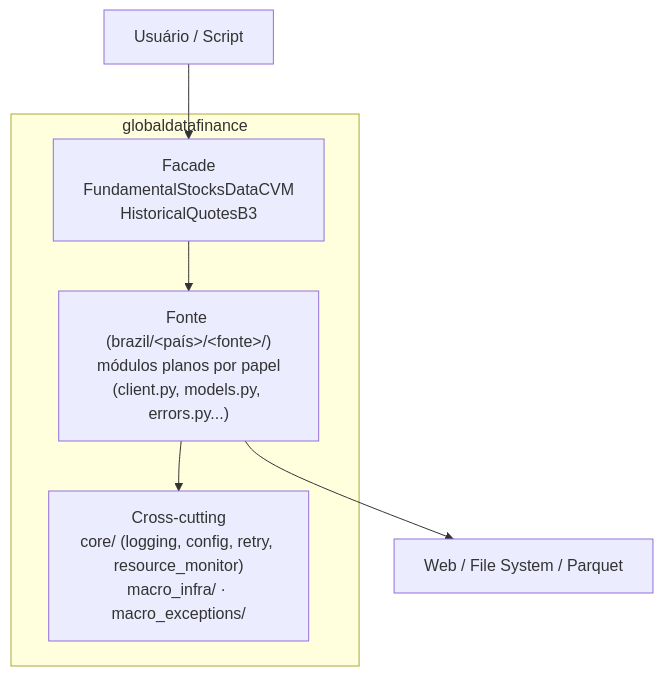
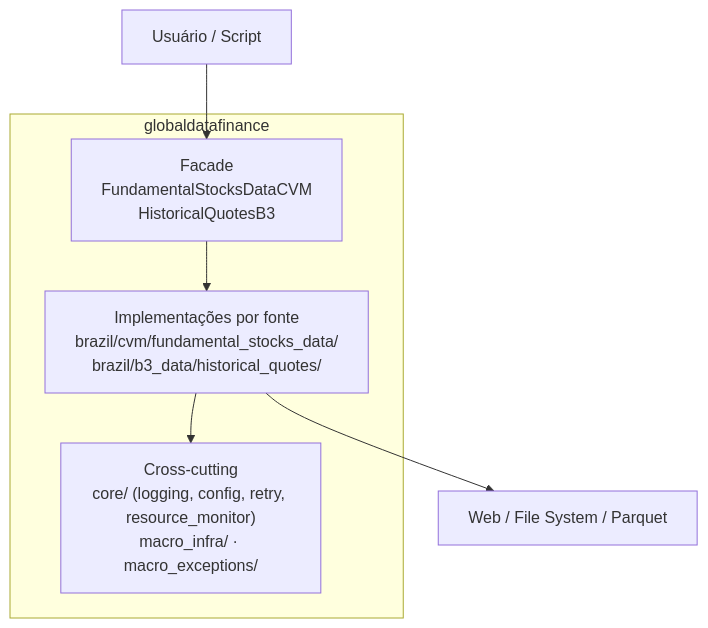
One commit to jor0105/Global-Data-Finance changed the diagram in docs/index.md. Above: the diagram before and after it, drawn with Mermaid. The commit also changed other lines of this file and 188 other files, not shown here.

````diff
--- a/docs/index.md
+++ b/docs/index.md
@@ -259,12 +281,12 @@
 ```mermaid
 graph TD
     User[Usuário / Script] --> Facade
 
     subgraph "globaldatafinance"
         Facade["Facade<br/>FundamentalStocksDataCVM<br/>HistoricalQuotesB3"]
-        Facade --> Source["Fonte (brazil/&lt;país&gt;/&lt;fonte&gt;/)<br/>módulos planos por papel<br/>(client.py, models.py, errors.py...)"]
+        Facade --> Source["Implementações por fonte<br/>brazil/cvm/fundamental_stocks_data/<br/>brazil/b3_data/historical_quotes/"]
         Source --> Cross["Cross-cutting<br/>core/ (logging, config, retry, resource_monitor)<br/>macro_infra/ · macro_exceptions/"]
     end
 
     Source --> External[Web / File System / Parquet]
 ```
````
